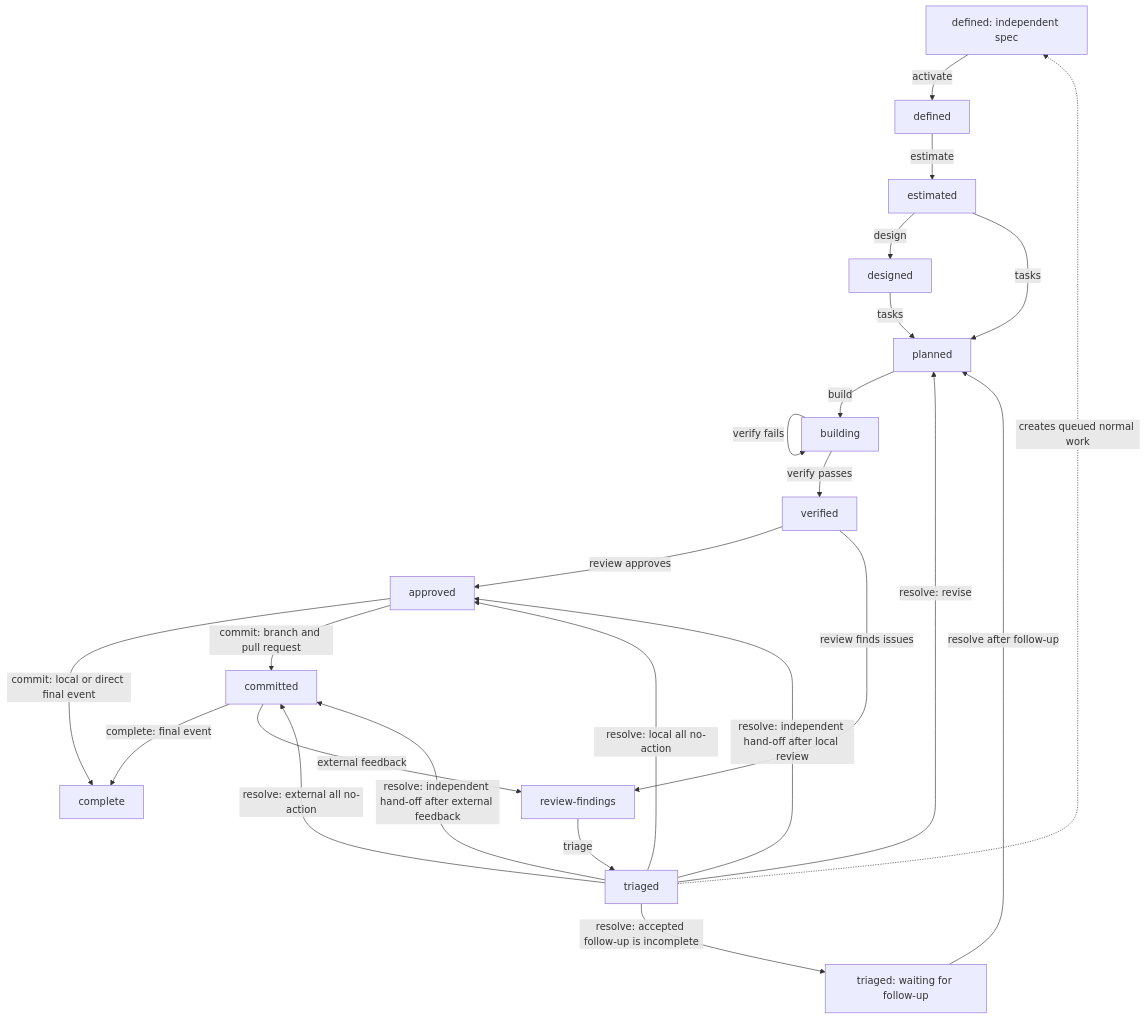
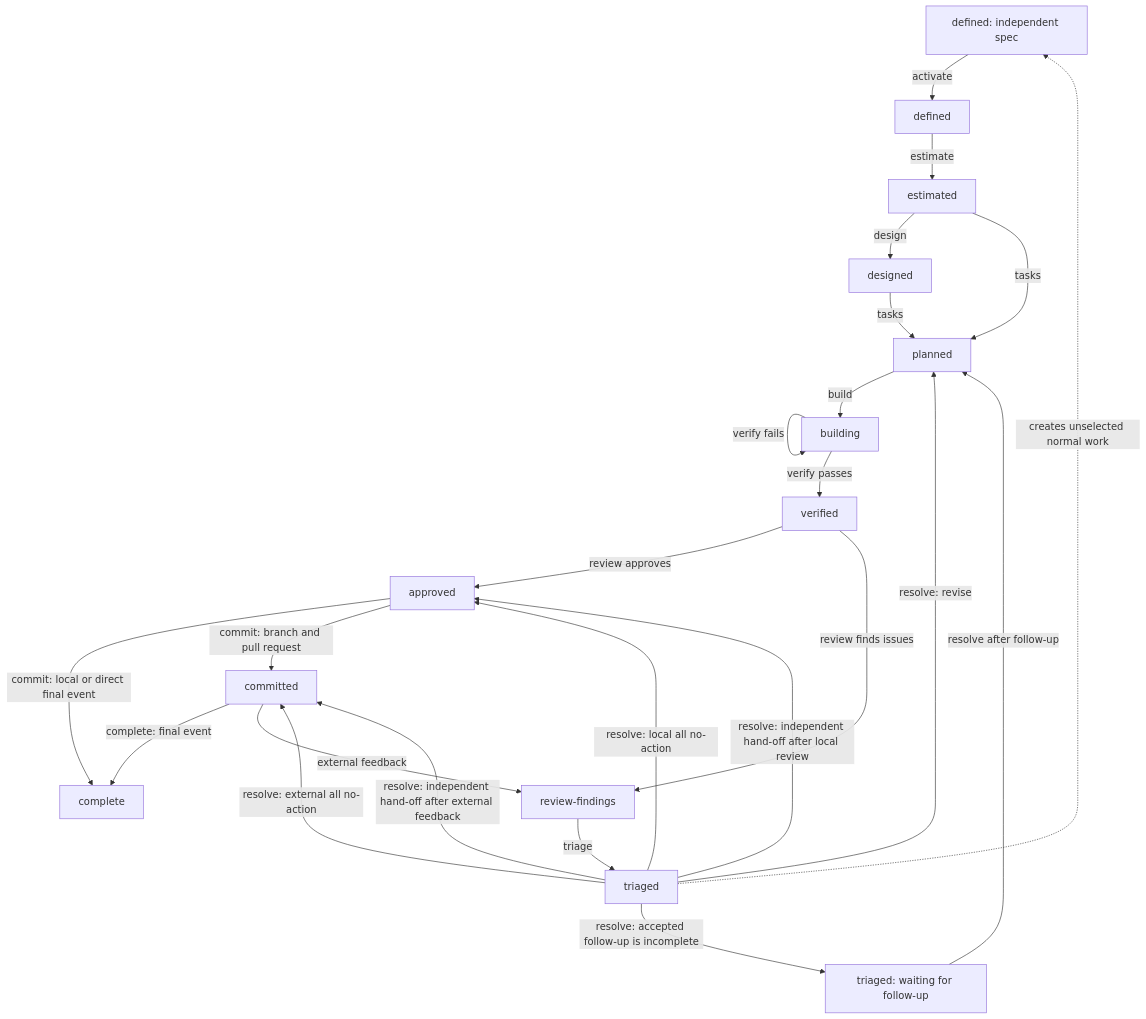
The first of 3 diagrams in docs/LIFECYCLE.md (deeprave/specle), drawn with Mermaid before and after one commit. The commit also changed other lines of this file and 67 other files, not shown here.

````diff
--- a/docs/LIFECYCLE.md
+++ b/docs/LIFECYCLE.md
@@ -72,27 +72,27 @@
 ```mermaid
 flowchart TB
-  queued_defined[queued defined] -->|activate| defined
+  unselected_defined[unselected defined] -->|activate| defined
   defined -->|estimate| estimated
   estimated -->|design| designed
   estimated -->|tasks| planned
   designed -->|tasks| planned
   planned -->|build| building
   building -->|build| building
   building -->|verify passes| verified
   building -->|verify fails| building
   verified -->|review approves| approved
   approved -->|commit: local or direct final event| complete
   approved -->|commit: branch and pull request| committed
   committed -->|complete: final event| complete
   committed -->|external feedback| review_findings
   verified -->|review finds issues| review_findings[review-findings]
   review_findings -->|triage| triaged
   triaged -->|resolve: revise| planned
   triaged -->|resolve: accepted follow-up is incomplete| waiting[triaged: waiting for follow-up]
   waiting -->|resolve after follow-up| planned
   triaged -->|resolve: local all no-action| approved
   triaged -->|resolve: external all no-action| committed
   triaged -->|resolve: independent hand-off after local review| approved
   triaged -->|resolve: independent hand-off after external feedback| committed
-  triaged -.->|creates queued normal work| queued_defined[defined: independent spec]
+  triaged -.->|creates unselected normal work| unselected_defined[defined: independent spec]
 ```
````
